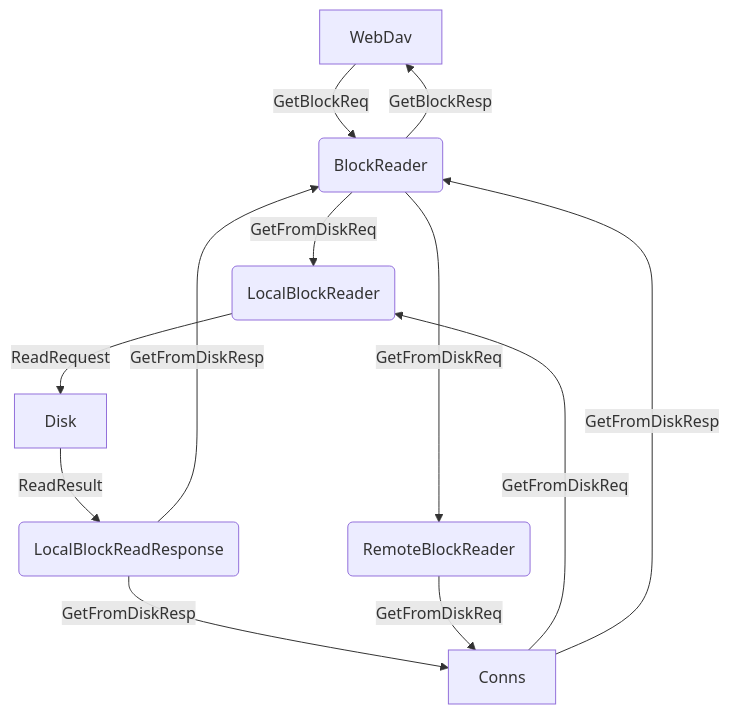
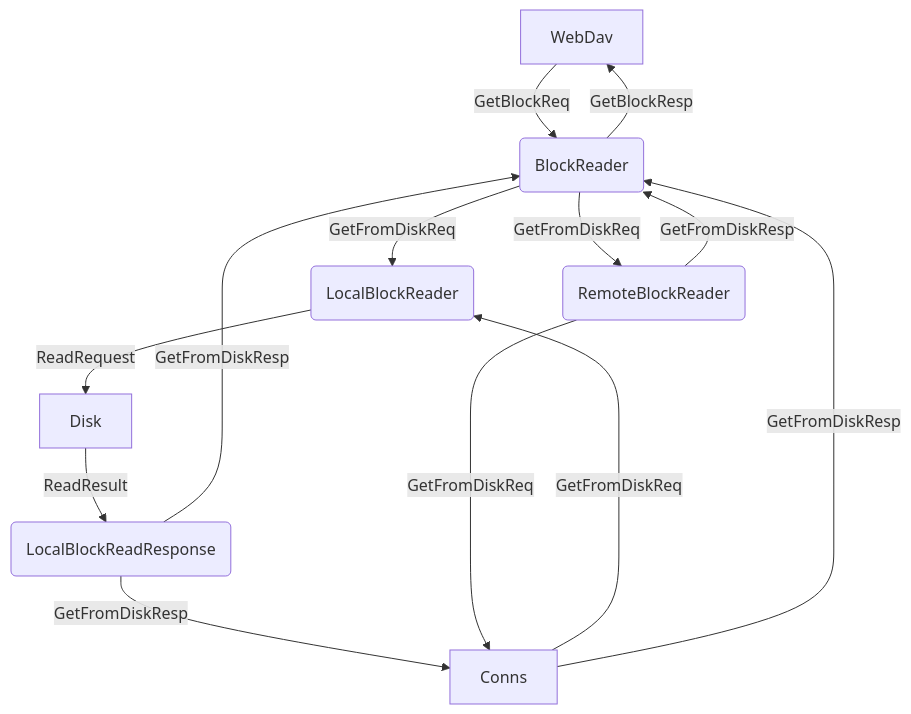
The diagram in pkg/blockreader/blockreader.mmd (roboadam/tealfs), drawn with Mermaid before and after one commit. The commit also changed 5 other files, not shown here.

```diff
--- a/pkg/blockreader/blockreader.mmd
+++ b/pkg/blockreader/blockreader.mmd
@@ -1,13 +1,14 @@
 flowchart TD
         A["WebDav"]
         A -->|GetBlockReq| B("BlockReader")
         B -->|GetBlockResp| A
         B -->|GetFromDiskReq| C("LocalBlockReader")
         B -->|GetFromDiskReq| D("RemoteBlockReader")
         C -->|ReadRequest| E["Disk"]
         E -->|ReadResult| F("LocalBlockReadResponse")
         F -->|GetFromDiskResp| B
         F -->|GetFromDiskResp| G["Conns"]
         D -->|GetFromDiskReq| G
         G -->|GetFromDiskReq| C
         G -->|GetFromDiskResp| B
+        D -->|GetFromDiskResp| B
```
